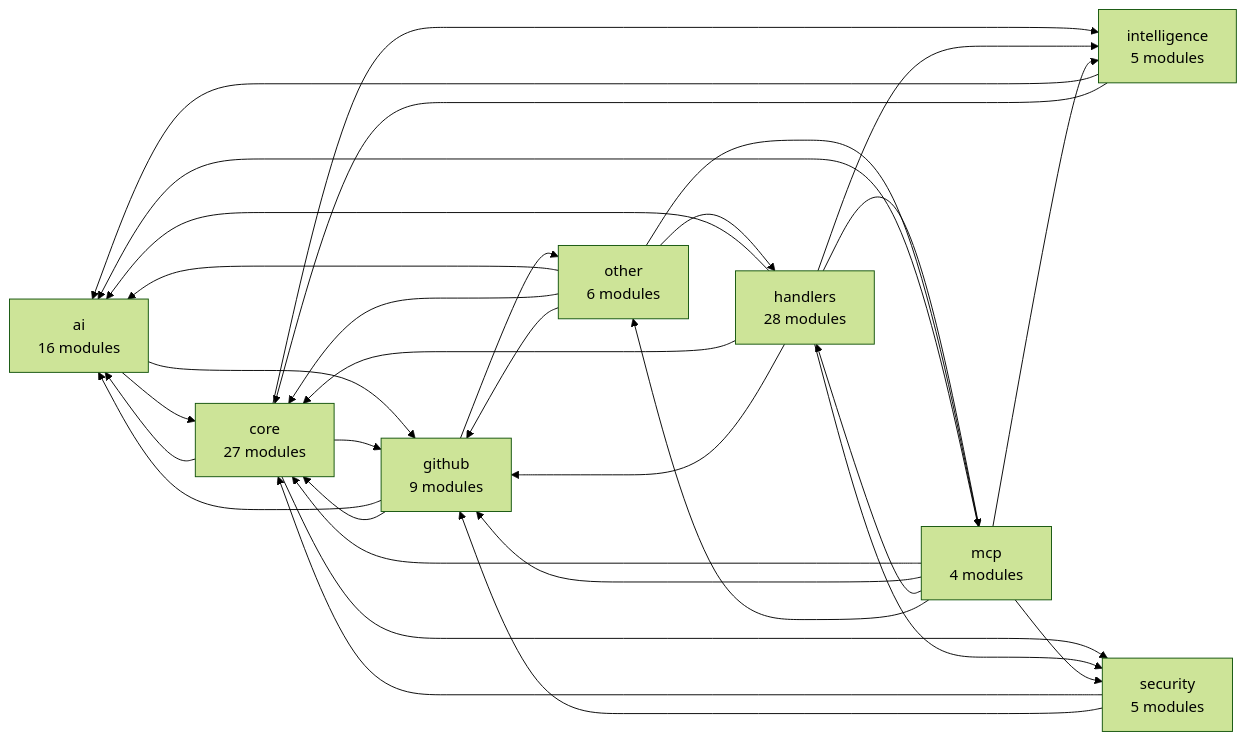
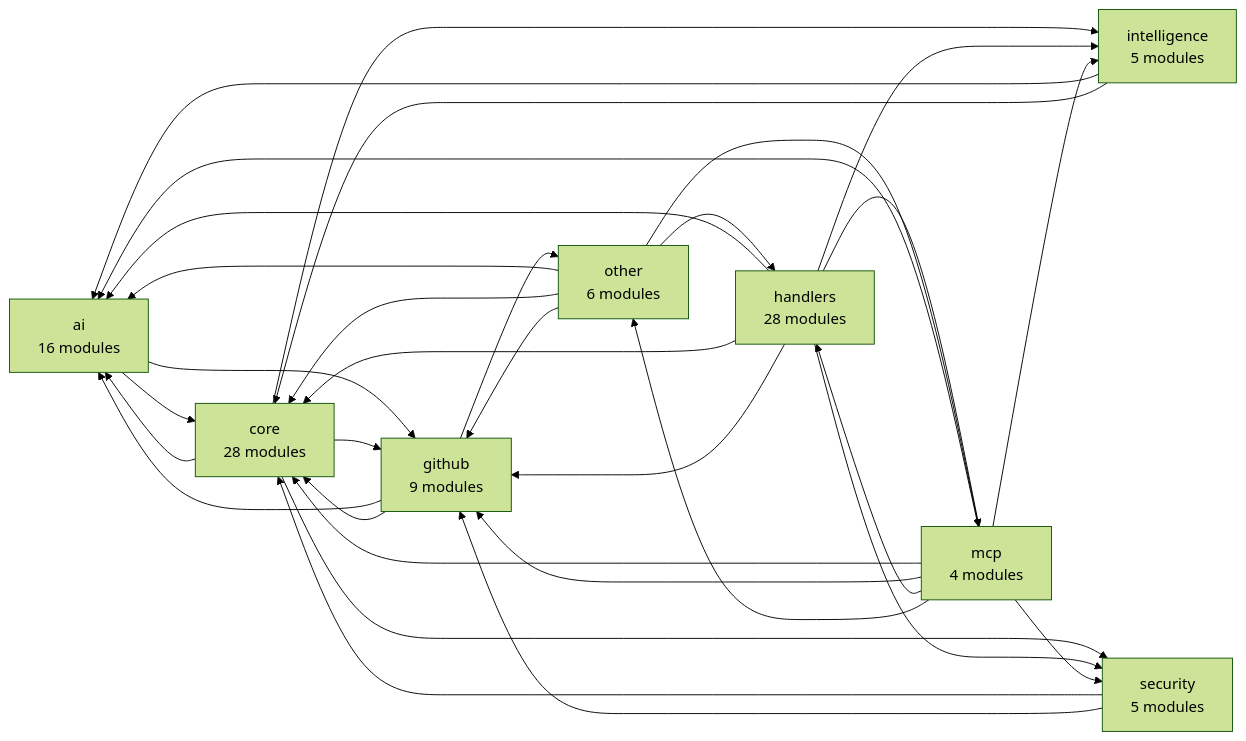
One commit to Shweta-Mishra-ai/github-autopilot changed the second of 2 diagrams in README.md. Above: the diagram before and after it, drawn with Mermaid (forest theme). The commit also changed other lines of this file and 5 other files, not shown here.

````diff
--- a/README.md
+++ b/README.md
@@ -405,42 +405,42 @@
 ```mermaid
 graph LR
     ai["ai<br/>16 modules"]
-    core["core<br/>27 modules"]
+    core["core<br/>28 modules"]
     github["github<br/>9 modules"]
     handlers["handlers<br/>28 modules"]
     intelligence["intelligence<br/>5 modules"]
     mcp["mcp<br/>4 modules"]
     other["other<br/>6 modules"]
     security["security<br/>5 modules"]
     ai --> core
     ai --> github
     core --> ai
     core --> github
     core --> intelligence
     core --> security
     github --> ai
     github --> core
     github --> other
     handlers --> ai
     handlers --> core
     handlers --> github
     handlers --> intelligence
     handlers --> mcp
     handlers --> security
     intelligence --> ai
     intelligence --> core
     mcp --> ai
     mcp --> core
     mcp --> github
     mcp --> handlers
     mcp --> intelligence
     mcp --> other
     mcp --> security
     other --> ai
     other --> core
     other --> github
     other --> handlers
     other --> mcp
     security --> core
     security --> github
 ```
````
